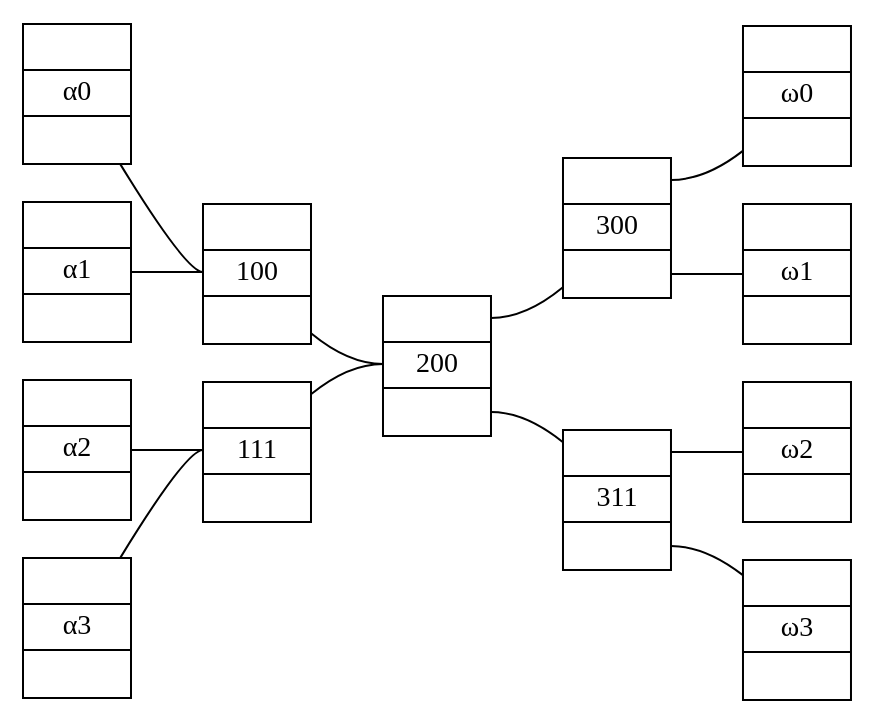
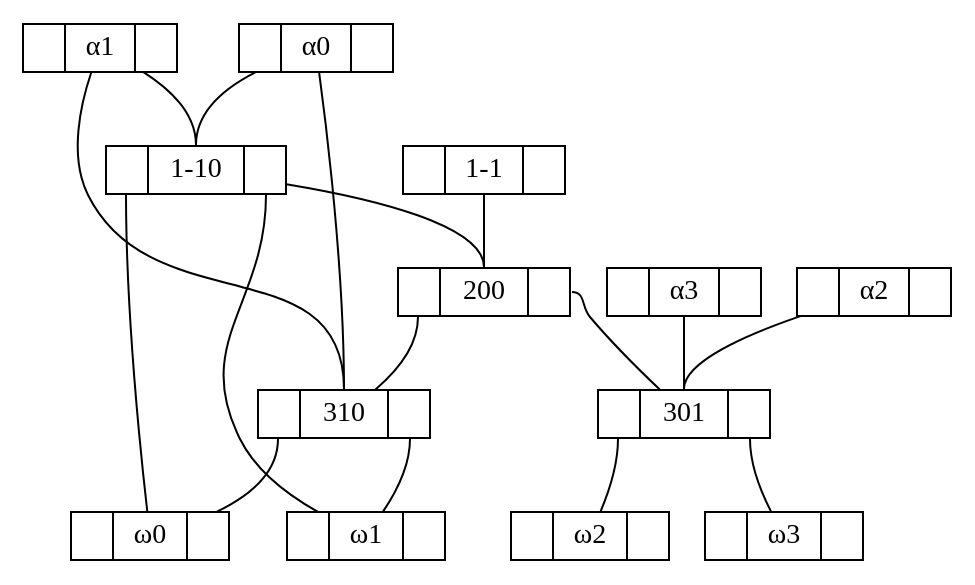
Before and after one commit to grootstebozewolf/networks: the diagram in 4 binairy tree general.gv.dot, drawn with Graphviz. The commit also changed 6 other files, not shown here.

```diff
--- a/4 binairy tree general.gv.dot
+++ b/4 binairy tree general.gv.dot
@@ -1,86 +1,88 @@
-graph "strict" {
-	graph [bb="0,0,414,334",
-		rankdir=LR
-	];
+graph "4 binairy tree general" {
+	graph [bb="0,0,433,264"];
 	node [height=.1,
 		label="\N",
 		shape=record
 	];
-	α00	 [height=0.97222,
+	200	 [height=0.33333,
+		label="<f0> |<f1> 200|<f2>",
+		pos="216.5,132",
+		rects="178,120.5,198,143.5 198,120.5,235,143.5 235,120.5,255,143.5",
+		width=1.0694];
+	310	 [height=0.33333,
+		label="<f0> |<f1> 310|<f2>",
+		pos="154.5,72",
+		rects="116,60.5,136,83.5 136,60.5,173,83.5 173,60.5,193,83.5",
+		width=1.0694];
+	200:f0 -- 310	 [pos="187.5,120 187.5,105.44 176.77,92.203 167.54,83.513"];
+	301	 [height=0.33333,
+		label="<f0> |<f1> 301|<f2>",
+		pos="308.5,72",
+		rects="270,60.5,290,83.5 290,60.5,327,83.5 327,60.5,347,83.5",
+		width=1.0694];
+	200:f2 -- 301	 [pos="245.5,120 245.5,102.67 261,90.967 276.63,83.574"];
+	ω00	 [height=0.33333,
+		label="<f0> |<f1> ω0|<f2>",
+		pos="57.5,12",
+		rects="21,0.5,41,23.5 41,0.5,74,23.5 74,0.5,94,23.5",
+		width=1.0139];
+	310:f0 -- ω00	 [pos="114.5,72 87.867,72 69.729,40.519 61.886,23.548"];
+	ω01	 [height=0.33333,
+		label="<f0> |<f1> ω1|<f2>",
+		pos="162.5,12",
+		rects="126,0.5,146,23.5 146,0.5,179,23.5 179,0.5,199,23.5",
+		width=1.0139];
+	310:f2 -- ω01	 [pos="183.5,60 183.5,46.594 176.29,32.762 170.32,23.606"];
+	α00	 [height=0.33333,
 		label="<f0> |<f1> α0|<f2>",
-		pos="27,299",
-		rects="0,310.5,54,333.5 0,287.5,54,310.5 0,264.5,54,287.5",
-		width=0.75];
-	100	 [height=0.97222,
-		label="<f0> |<f1> 100|<f2>",
-		pos="117,211",
-		rects="90,222.5,144,245.5 90,199.5,144,222.5 90,176.5,144,199.5",
-		width=0.75];
-	α00 -- 100:f1	 [pos="48.569,264.47 63.84,239.82 83.155,211 90,211"];
-	ω00	 [height=0.97222,
-		label="<f0> |<f1> ω0|<f2>",
-		pos="387,299",
-		rects="360,310.5,414,333.5 360,287.5,414,310.5 360,264.5,414,287.5",
-		width=0.75];
-	α01	 [height=0.97222,
+		pos="136.5,252",
+		rects="101,240.5,121,263.5 121,240.5,152,263.5 152,240.5,172,263.5",
+		width=0.98611];
+	α00 -- 310:f1	 [pos="138.43,240.49 143.07,214.21 154.5,143.49 154.5,84"];
+	"1-10"	 [height=0.33333,
+		label="<f0> |<f1> 1-10|<f2>",
+		pos="80.5,192",
+		rects="40,180.5,60,203.5 60,180.5,101,203.5 101,180.5,121,203.5",
+		width=1.125];
+	α00 -- "1-10":f1	 [pos="109.81,240.39 95.389,232.73 80.5,220.75 80.5,204"];
+	α01	 [height=0.33333,
 		label="<f0> |<f1> α1|<f2>",
-		pos="27,211",
-		rects="0,222.5,54,245.5 0,199.5,54,222.5 0,176.5,54,199.5",
-		width=0.75];
-	α01 -- 100:f1	 [pos="54.246,211 65.286,211 78.267,211 90,211"];
-	ω01	 [height=0.97222,
-		label="<f0> |<f1> ω1|<f2>",
-		pos="387,211",
-		rects="360,222.5,414,245.5 360,199.5,414,222.5 360,176.5,414,199.5",
-		width=0.75];
-	α10	 [height=0.97222,
+		pos="35.5,252",
+		rects="0,240.5,20,263.5 20,240.5,51,263.5 51,240.5,71,263.5",
+		width=0.98611];
+	α01 -- 310:f1	 [pos="31.535,240.25 26.878,225.76 20.923,199.53 30.5,180 61.192,117.42 154.5,153.7 154.5,84"];
+	α01 -- "1-10":f1	 [pos="55.107,240.36 67.233,232.21 80.5,219.7 80.5,204"];
+	ω10	 [height=0.33333,
+		label="<f0> |<f1> ω2|<f2>",
+		pos="260.5,12",
+		rects="224,0.5,244,23.5 244,0.5,277,23.5 277,0.5,297,23.5",
+		width=1.0139];
+	301:f0 -- ω10	 [pos="279.5,60 279.5,46.798 272.98,32.931 267.57,23.711"];
+	ω11	 [height=0.33333,
+		label="<f0> |<f1> ω3|<f2>",
+		pos="351.5,12",
+		rects="315,0.5,335,23.5 335,0.5,368,23.5 368,0.5,388,23.5",
+		width=1.0139];
+	301:f2 -- ω11	 [pos="337.5,60 337.5,47.059 342.44,32.916 346.45,23.561"];
+	α10	 [height=0.33333,
 		label="<f0> |<f1> α2|<f2>",
-		pos="27,123",
-		rects="0,134.5,54,157.5 0,111.5,54,134.5 0,88.5,54,111.5",
-		width=0.75];
-	111	 [height=0.97222,
-		label="<f0> |<f1> 111|<f2>",
-		pos="117,123",
-		rects="90,134.5,144,157.5 90,111.5,144,134.5 90,88.5,144,111.5",
-		width=0.75];
-	α10 -- 111:f1	 [pos="54.246,123 65.286,123 78.267,123 90,123"];
-	ω10	 [height=0.97222,
-		label="<f0> |<f1> ω2|<f2>",
-		pos="387,123",
-		rects="360,134.5,414,157.5 360,111.5,414,134.5 360,88.5,414,111.5",
-		width=0.75];
-	α11	 [height=0.97222,
+		pos="397.5,132",
+		rects="362,120.5,382,143.5 382,120.5,413,143.5 413,120.5,433,143.5",
+		width=0.98611];
+	α10 -- 301:f1	 [pos="364.87,120.42 339.46,111.17 308.5,97.193 308.5,84"];
+	α11	 [height=0.33333,
 		label="<f0> |<f1> α3|<f2>",
-		pos="27,35",
-		rects="0,46.5,54,69.5 0,23.5,54,46.5 0,0.5,54,23.5",
-		width=0.75];
-	α11 -- 111:f1	 [pos="48.569,69.527 63.84,94.181 83.155,123 90,123"];
-	ω11	 [height=0.97222,
-		label="<f0> |<f1> ω3|<f2>",
-		pos="387,35",
-		rects="360,46.5,414,69.5 360,23.5,414,46.5 360,0.5,414,23.5",
-		width=0.75];
-	200	 [height=0.97222,
-		label="<f0> |<f1> 200|<f2>",
-		pos="207,167",
-		rects="180,178.5,234,201.5 180,155.5,234,178.5 180,132.5,234,155.5",
-		width=0.75];
-	100 -- 200:f1	 [pos="144,182.14 154.21,173.85 166.67,167 180,167"];
-	111 -- 200:f1	 [pos="144,151.86 154.21,160.15 166.67,167 180,167"];
-	300	 [height=0.97222,
-		label="<f0> |<f1> 300|<f2>",
-		pos="297,234",
-		rects="270,245.5,324,268.5 270,222.5,324,245.5 270,199.5,324,222.5",
-		width=0.75];
-	300:f0 -- ω00	 [pos="324,257 337.13,257 349.55,263.54 359.78,271.45"];
-	300:f2 -- ω01	 [pos="324,211 335.73,211 348.71,211 359.75,211"];
-	311	 [height=0.97222,
-		label="<f0> |<f1> 311|<f2>",
-		pos="297,100",
-		rects="270,111.5,324,134.5 270,88.5,324,111.5 270,65.5,324,88.5",
-		width=0.75];
-	311:f0 -- ω10	 [pos="324,123 335.73,123 348.71,123 359.75,123"];
-	311:f2 -- ω11	 [pos="324,77 337.13,77 349.55,70.462 359.78,62.546"];
-	200:f0 -- 300	 [pos="234,190 247.33,190 259.79,196.85 270,205.14"];
-	200:f2 -- 311	 [pos="234,144 247.33,144 259.79,137.15 270,128.86"];
+		pos="308.5,132",
+		rects="273,120.5,293,143.5 293,120.5,324,143.5 324,120.5,344,143.5",
+		width=0.98611];
+	α11 -- 301:f1	 [pos="308.5,120.17 308.5,110.65 308.5,96.403 308.5,84"];
+	"1-10" -- 200:f1	 [pos="121.3,184.96 161.36,177.85 216.5,164.36 216.5,144"];
+	"1-10":f0 -- ω00	 [pos="49.5,180 49.5,120.79 54.58,49.898 56.644,23.543"];
+	"1-10":f2 -- ω01	 [pos="111.5,180 111.5,126.62 83.943,108.38 106.5,60 113.9,44.125 129.6,31.707 142.49,23.633"];
+	"1-1"	 [height=0.33333,
+		label="<f0> |<f1> 1-1|<f2>",
+		pos="216.5,192",
+		rects="179,180.5,199,203.5 199,180.5,234,203.5 234,180.5,254,203.5",
+		width=1.0417];
+	"1-1" -- 200:f1	 [pos="216.5,180.17 216.5,170.65 216.5,156.4 216.5,144"];
 }
```
